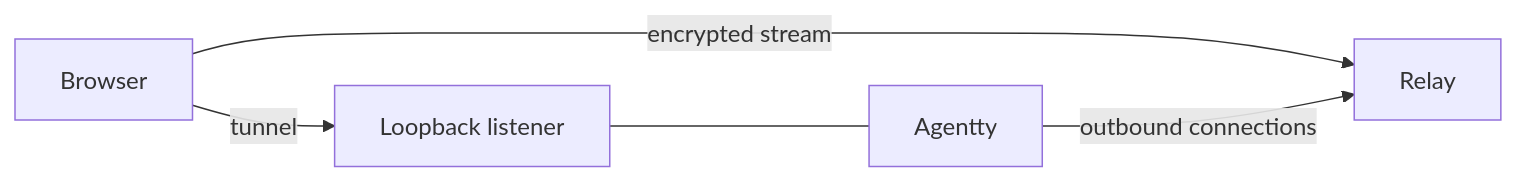
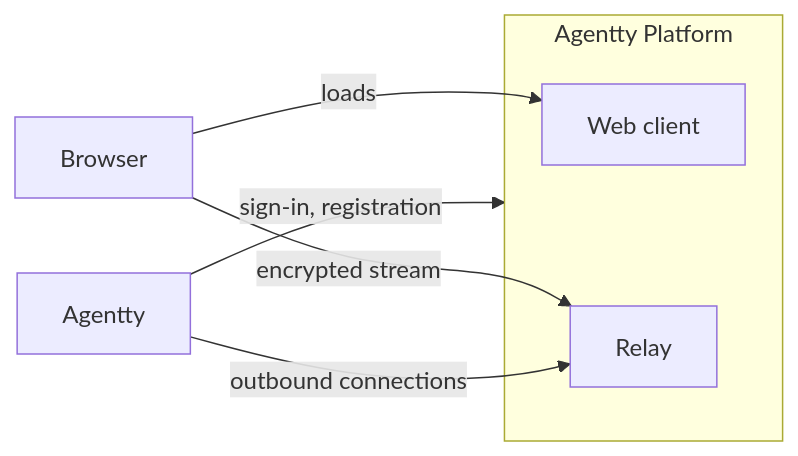
The diagram in docs/site/content/docs/architecture/remote-control-design.md (agentty-xyz/agentty), drawn with Mermaid before and after one commit. The commit also changed other lines of this file and 174 other files, not shown here.

First line of the commit message:
Run remote control only through an Agentty Platform (#1439)

````diff
--- a/docs/site/content/docs/architecture/remote-control-design.md
+++ b/docs/site/content/docs/architecture/remote-control-design.md
@@ -15,7 +16,11 @@
 ```mermaid
 flowchart LR
-    B["Browser"] -- "tunnel" --> L["Loopback listener"]
-    B -- "encrypted stream" --> R["Relay"]
-    A["Agentty"] -- "outbound connections" --> R
-    L --- A
+    subgraph P[Agentty Platform]
+        W["Web client"]
+        R["Relay"]
+    end
+    B["Browser"] -- "loads" --> W
+    B -- "encrypted stream" --> R
+    A["Agentty"] -- "sign-in, registration" --> P
+    A -- "outbound connections" --> R
 ```
````
